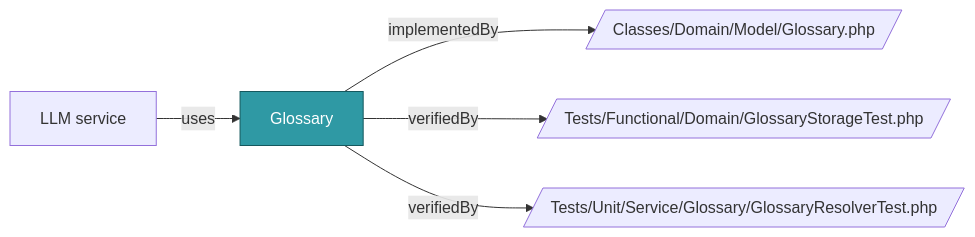
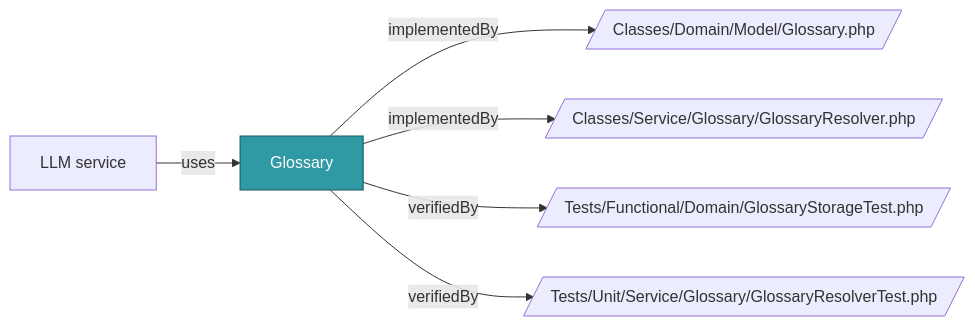
The diagram in docs/ontology/concepts/glossary.md (netresearch/t3x-nr-llm), drawn with Mermaid before and after one commit. The commit also changed other lines of this file and 3 other files, not shown here.

````diff
--- a/docs/ontology/concepts/glossary.md
+++ b/docs/ontology/concepts/glossary.md
@@ -24,14 +24,16 @@
 ```mermaid
 flowchart LR
   c["Glossary"]
   n1[/"Classes/Domain/Model/Glossary.php"/]
-  n2[/"Tests/Functional/Domain/GlossaryStorageTest.php"/]
-  n3[/"Tests/Unit/Service/Glossary/GlossaryResolverTest.php"/]
-  n4["LLM service"]
+  n2[/"Classes/Service/Glossary/GlossaryResolver.php"/]
+  n3[/"Tests/Functional/Domain/GlossaryStorageTest.php"/]
+  n4[/"Tests/Unit/Service/Glossary/GlossaryResolverTest.php"/]
+  n5["LLM service"]
   c -->|"implementedBy"| n1
-  c -->|"verifiedBy"| n2
+  c -->|"implementedBy"| n2
   c -->|"verifiedBy"| n3
-  n4 -->|"uses"| c
+  c -->|"verifiedBy"| n4
+  n5 -->|"uses"| c
   classDef focus fill:#2F99A4,stroke:#15585E,color:#ffffff
   class c focus
 ```
````
